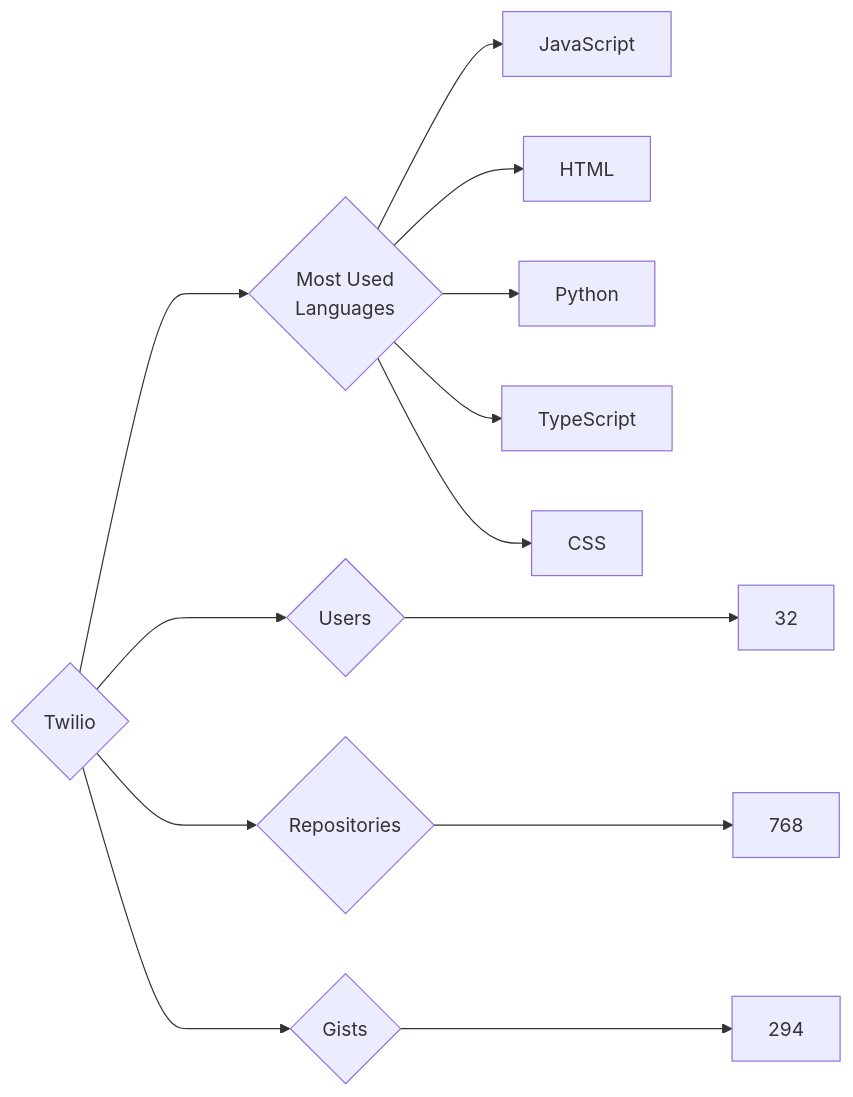
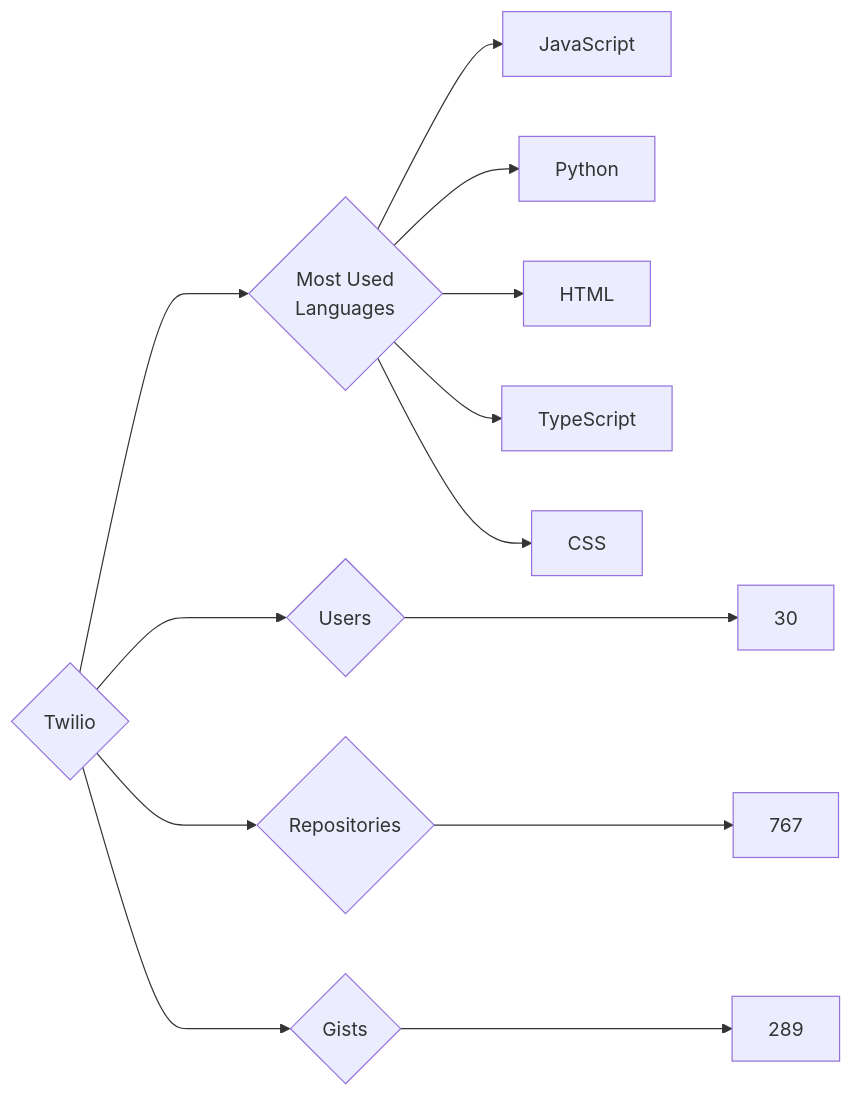
The diagram in targets/Twilio/README.md (trickest/insiders), drawn with Mermaid before and after one commit. The commit also changed 1484 other files, not shown here.

````diff
--- a/targets/Twilio/README.md
+++ b/targets/Twilio/README.md
@@ -3,13 +3,13 @@
 ```mermaid
 graph LR
 COMPANY_NAME{Twilio}
-COMPANY_NAME ---> U{Users} ---> UN[32]
-COMPANY_NAME ---> R{Repositories} ---> RN[768]
-COMPANY_NAME ---> G{Gists} ---> GN[294]
+COMPANY_NAME ---> U{Users} ---> UN[30]
+COMPANY_NAME ---> R{Repositories} ---> RN[767]
+COMPANY_NAME ---> G{Gists} ---> GN[289]
 COMPANY_NAME ---> ML{Most Used<br>Languages}
 ML --> JavaScript[JavaScript]
+ML --> Python[Python]
 ML --> HTML[HTML]
-ML --> Python[Python]
 ML --> TypeScript[TypeScript]
 ML --> CSS[CSS]
 ```
````
